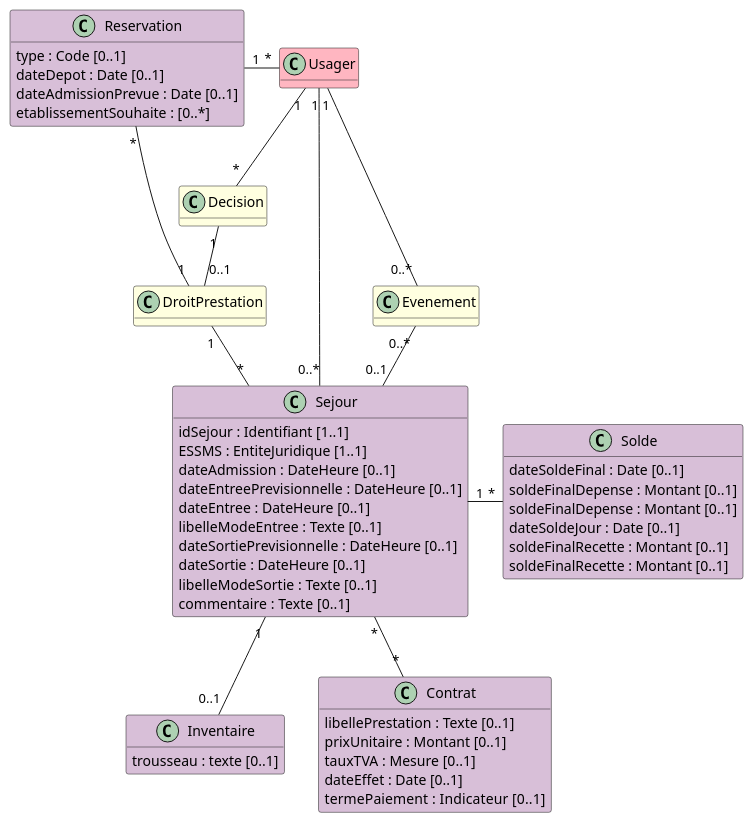
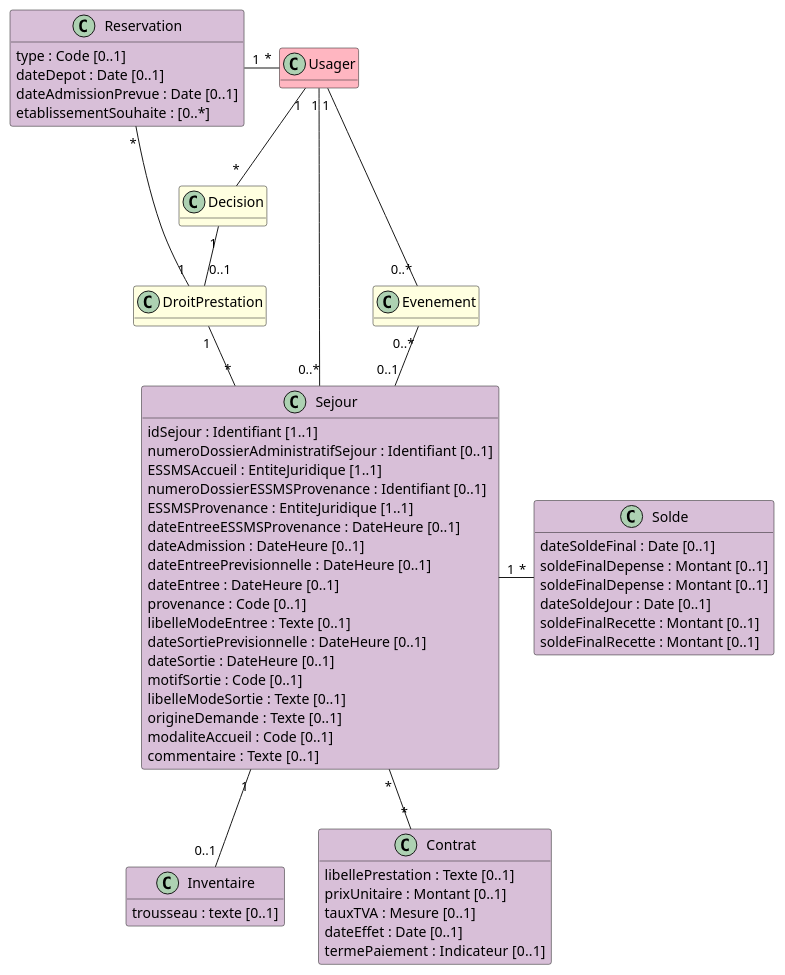
The diagram in input/images-source/bloc_sejours.plantuml (ansforge/IG-fhir-medicosocial-transfert-donnees-dui), drawn with PlantUML before and after one commit. The commit also changed 1 other file, not shown here.

```diff
--- a/input/images-source/bloc_sejours.plantuml
+++ b/input/images-source/bloc_sejours.plantuml
@@ -1,66 +1,74 @@
 @startuml
 
 hide empty methods
 
 class Usager #LightPink
 
 class Decision #LightYellow
 
 class DroitPrestation #LightYellow
 
 class Evenement #LightYellow
 
 class Reservation #Thistle {
     type : Code [0..1]
     dateDepot : Date [0..1]
     dateAdmissionPrevue : Date [0..1]
     etablissementSouhaite : [0..*]
 }
 
 class Sejour #Thistle {
     idSejour : Identifiant [1..1]
-    ESSMS : EntiteJuridique [1..1]
+    numeroDossierAdministratifSejour : Identifiant [0..1]
+    ESSMSAccueil : EntiteJuridique [1..1]
+    numeroDossierESSMSProvenance : Identifiant [0..1]
+    ESSMSProvenance : EntiteJuridique [1..1]
+    dateEntreeESSMSProvenance : DateHeure [0..1]
     dateAdmission : DateHeure [0..1]
     dateEntreePrevisionnelle : DateHeure [0..1]
     dateEntree : DateHeure [0..1]
+    provenance : Code [0..1]
     libelleModeEntree : Texte [0..1]
     dateSortiePrevisionnelle : DateHeure [0..1]
     dateSortie : DateHeure [0..1]
+    motifSortie : Code [0..1]
     libelleModeSortie : Texte [0..1]
+    origineDemande : Texte [0..1]
+    modaliteAccueil : Code [0..1]
     commentaire : Texte [0..1] 
 }
 
 class Inventaire #Thistle { 
     trousseau : texte [0..1]
 }
 
 class Solde #Thistle {
     dateSoldeFinal : Date [0..1]
     soldeFinalDepense : Montant [0..1]
     soldeFinalDepense : Montant [0..1]
     dateSoldeJour : Date [0..1]
     soldeFinalRecette : Montant [0..1]
     soldeFinalRecette : Montant [0..1]
 }
 
 class Contrat #Thistle {
     libellePrestation : Texte [0..1]
     prixUnitaire : Montant [0..1]
     tauxTVA : Mesure [0..1]
     dateEffet : Date [0..1]
     termePaiement : Indicateur  [0..1]
 }
 
 Usager "1" -- "*" Decision
 Decision "1" -- "0..1" DroitPrestation
 Reservation "*" - "1" DroitPrestation
 Reservation "1" - "*" Usager
 DroitPrestation "1" -- "*" Sejour
 Sejour "1" -- "0..1" Inventaire
 Sejour "1" - "*" Solde
 Sejour "*" -- "*" Contrat
 Usager "1" - "0..*" Sejour
 Evenement "0..*" -- "0..1" Sejour
 Usager "1" -- "0..*" Evenement
 
 @enduml
```
